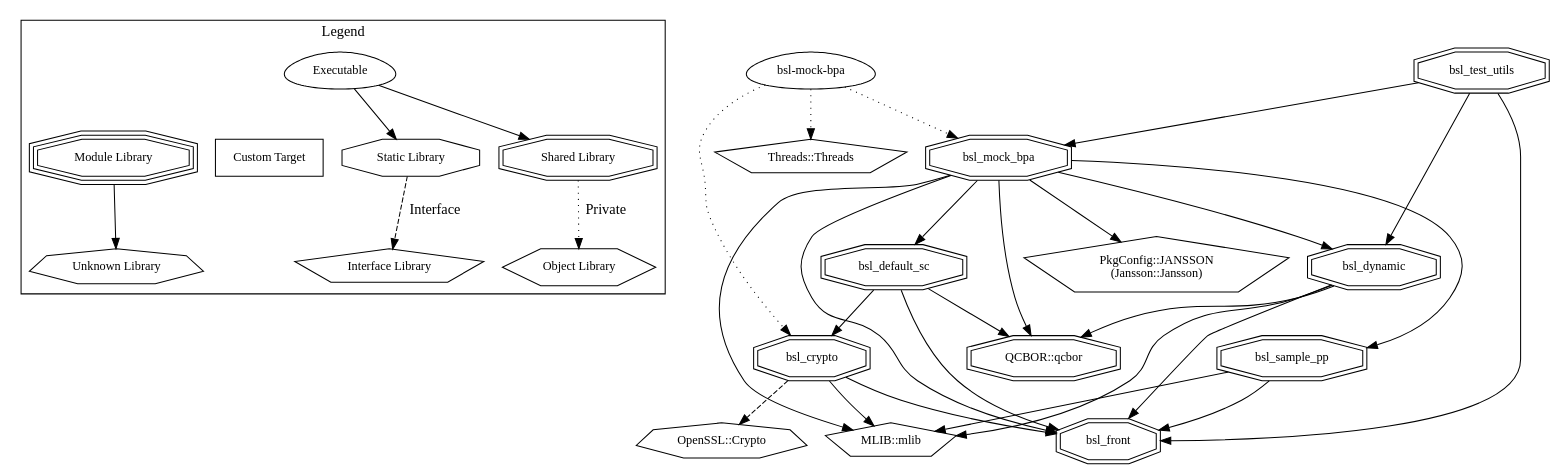
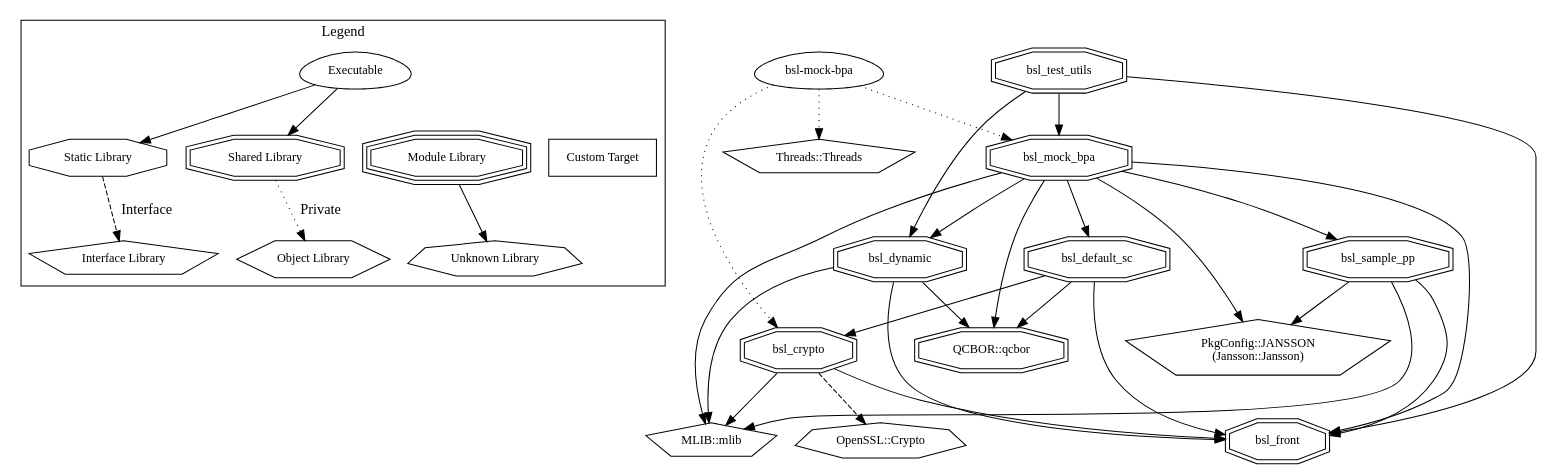
One commit to NASA-AMMOS/BSL-docs changed the diagram in product-guide/images/dep_chart.dot. Above: the diagram before and after it, drawn with Graphviz. The commit also changed 2 other files, not shown here.

Commit message:
User & Product Guide updates reflecting v1.1.0 changes in BSL (#20)
* init

* mend

* add loc to user guide

* Update docs for v1.1.0; pp json info & preproc defs

* update dep chart, remove troubleshoot

* reword section header

* add mock bpa to jansson usage

```diff
--- a/product-guide/images/dep_chart.dot
+++ b/product-guide/images/dep_chart.dot
@@ -1,62 +1,63 @@
 digraph "bsl" {
 node [
   fontsize = "12"
 ];
 subgraph clusterLegend {
   label = "Legend";
   color = black;
   edge [ style = invis ];
   legendNode0 [ label = "Executable", shape = egg ];
   legendNode1 [ label = "Static Library", shape = octagon ];
   legendNode2 [ label = "Shared Library", shape = doubleoctagon ];
   legendNode3 [ label = "Module Library", shape = tripleoctagon ];
   legendNode4 [ label = "Interface Library", shape = pentagon ];
   legendNode5 [ label = "Object Library", shape = hexagon ];
   legendNode6 [ label = "Unknown Library", shape = septagon ];
   legendNode7 [ label = "Custom Target", shape = box ];
   legendNode0 -> legendNode1 [ style = solid ];
   legendNode0 -> legendNode2 [ style = solid ];
   legendNode0 -> legendNode3;
   legendNode1 -> legendNode4 [ label = "Interface", style = dashed ];
   legendNode2 -> legendNode5 [ label = "Private", style = dotted ];
   legendNode3 -> legendNode6 [ style = solid ];
   legendNode0 -> legendNode7;
 }
     "node0" [ label = "bsl-mock-bpa", shape = egg ];
     "node1" [ label = "Threads::Threads", shape = pentagon ];
     "node0" -> "node1" [ style = dotted ] // bsl-mock-bpa -> Threads::Threads
     "node2" [ label = "bsl_crypto", shape = doubleoctagon ];
     "node3" [ label = "MLIB::mlib", shape = pentagon ];
     "node2" -> "node3"  // bsl_crypto -> MLIB::mlib
     "node4" [ label = "OpenSSL::Crypto", shape = septagon ];
     "node2" -> "node4" [ style = dashed ] // bsl_crypto -> OpenSSL::Crypto
     "node5" [ label = "bsl_front", shape = doubleoctagon ];
     "node2" -> "node5"  // bsl_crypto -> bsl_front
     "node0" -> "node2" [ style = dotted ] // bsl-mock-bpa -> bsl_crypto
     "node6" [ label = "bsl_mock_bpa", shape = doubleoctagon ];
     "node6" -> "node3"  // bsl_mock_bpa -> MLIB::mlib
     "node7" [ label = "PkgConfig::JANSSON\n(Jansson::Jansson)", shape = pentagon ];
     "node6" -> "node7"  // bsl_mock_bpa -> PkgConfig::JANSSON
     "node8" [ label = "QCBOR::qcbor", shape = doubleoctagon ];
     "node6" -> "node8"  // bsl_mock_bpa -> QCBOR::qcbor
     "node9" [ label = "bsl_default_sc", shape = doubleoctagon ];
     "node9" -> "node8"  // bsl_default_sc -> QCBOR::qcbor
     "node9" -> "node2"  // bsl_default_sc -> bsl_crypto
     "node9" -> "node5"  // bsl_default_sc -> bsl_front
     "node6" -> "node9"  // bsl_mock_bpa -> bsl_default_sc
     "node10" [ label = "bsl_dynamic", shape = doubleoctagon ];
     "node10" -> "node3"  // bsl_dynamic -> MLIB::mlib
     "node10" -> "node8"  // bsl_dynamic -> QCBOR::qcbor
     "node10" -> "node5"  // bsl_dynamic -> bsl_front
     "node6" -> "node10"  // bsl_mock_bpa -> bsl_dynamic
     "node6" -> "node5"  // bsl_mock_bpa -> bsl_front
     "node11" [ label = "bsl_sample_pp", shape = doubleoctagon ];
     "node11" -> "node3"  // bsl_sample_pp -> MLIB::mlib
+    "node11" -> "node7"  // bsl_sample_pp -> PkgConfig::JANSSON
     "node11" -> "node5"  // bsl_sample_pp -> bsl_front
     "node6" -> "node11"  // bsl_mock_bpa -> bsl_sample_pp
     "node0" -> "node6" [ style = dotted ] // bsl-mock-bpa -> bsl_mock_bpa
     "node12" [ label = "bsl_test_utils", shape = doubleoctagon ];
     "node12" -> "node10"  // bsl_test_utils -> bsl_dynamic
     "node12" -> "node5"  // bsl_test_utils -> bsl_front
     "node12" -> "node6"  // bsl_test_utils -> bsl_mock_bpa
 }
```
